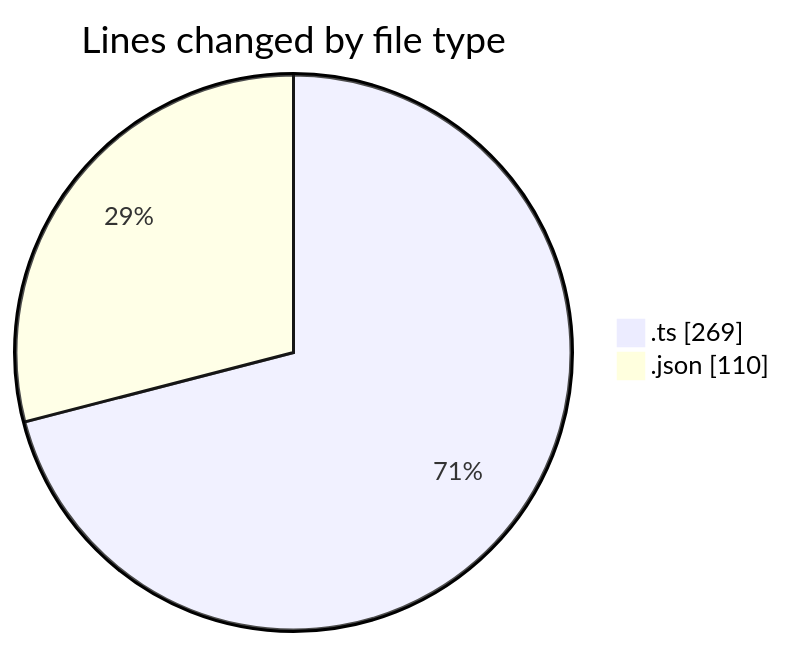
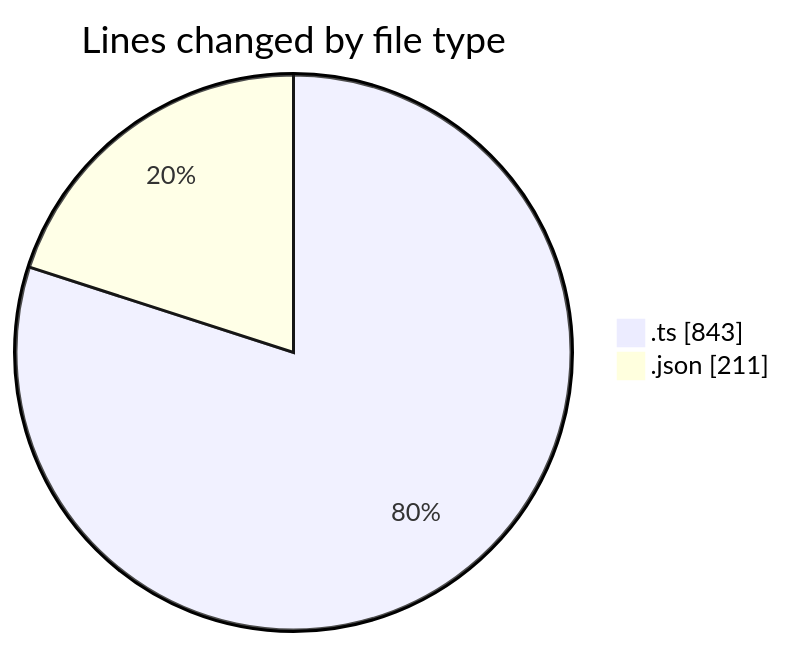
Before and after one commit to momahboobian/code-tracking: the first of 2 diagrams in 2026-11-04/cda/README.md, drawn with Mermaid. The commit also changed other lines of this file and 1 other file, not shown here.

````diff
--- a/2026-11-04/cda/README.md
+++ b/2026-11-04/cda/README.md
@@ -21,6 +21,6 @@
 ```mermaid
 pie showData
 title Lines changed by file type
-".ts" : 269
-".json" : 110
+".ts" : 843
+".json" : 211
 ```
````
